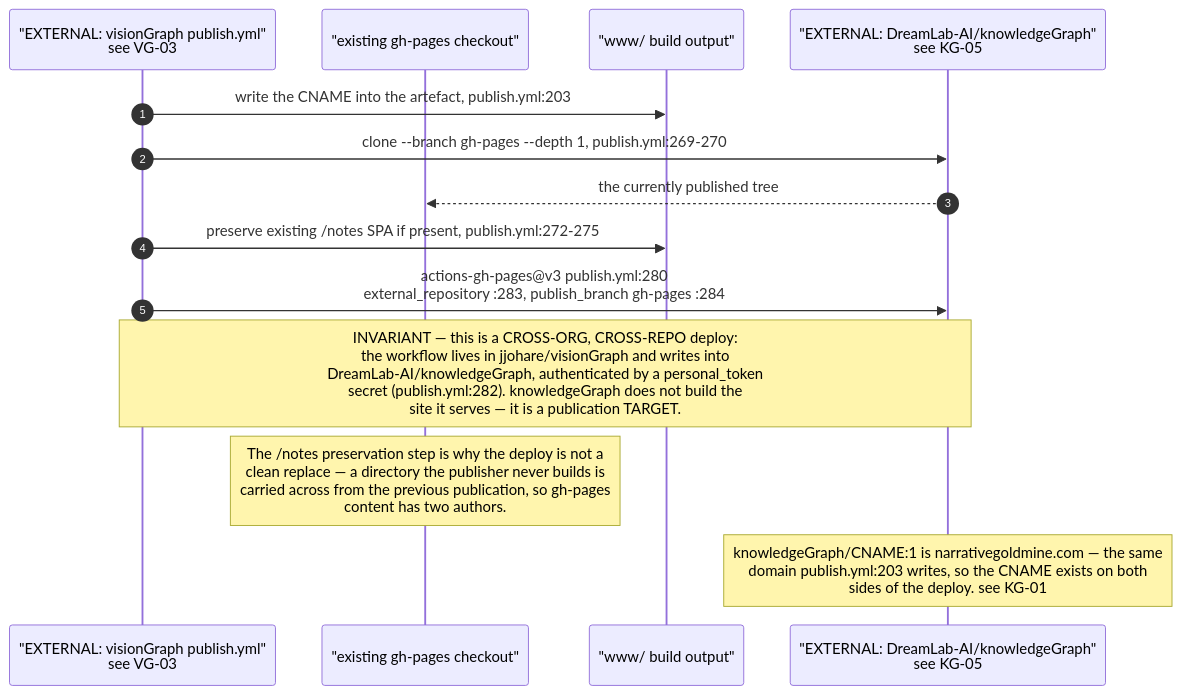
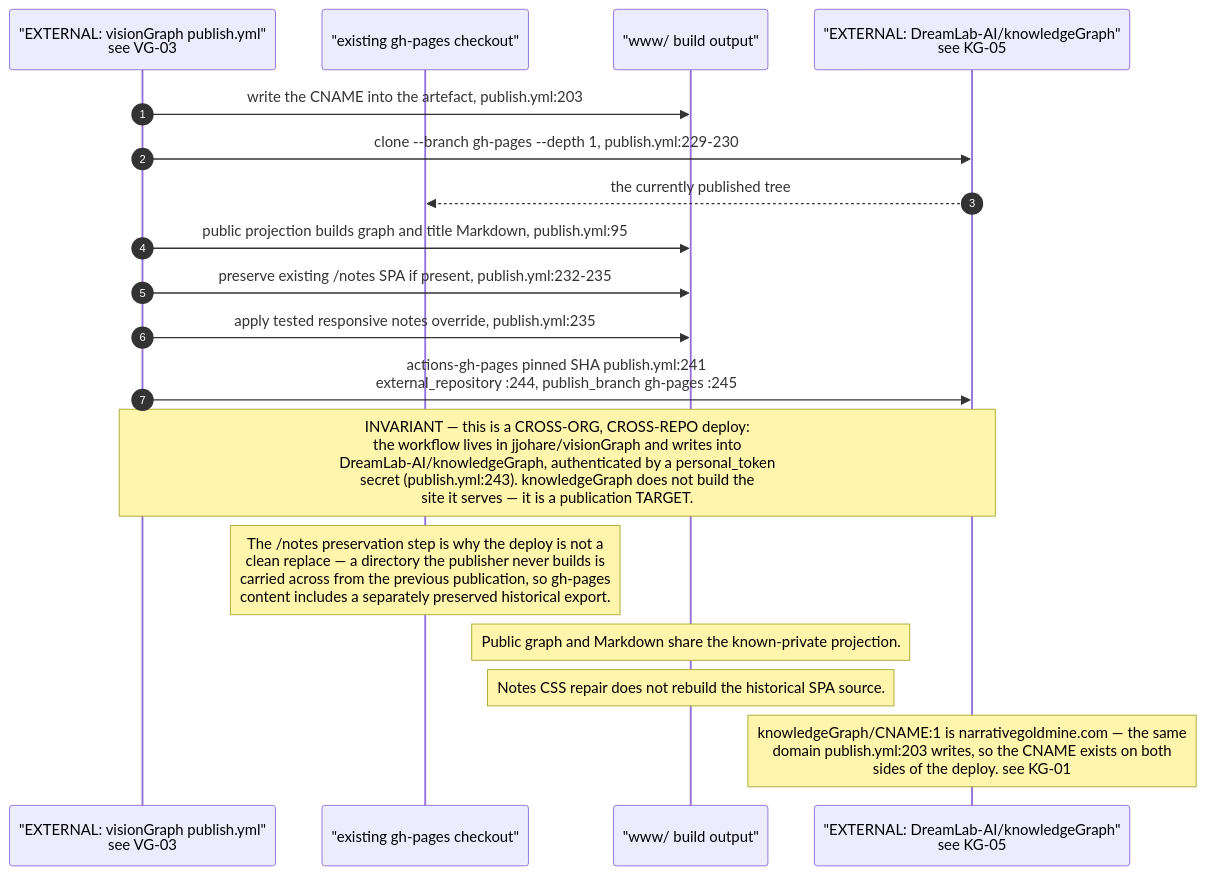
Before and after one commit to DreamLab-AI/VisionFlow: the second of 5 diagrams in docs/diagrams/estate/11-publishing-axis.md, drawn with Mermaid. The commit also changed other lines of this file and 51 other files, not shown here.

First line of the commit message:
docs(diagrams): agentbox AB-01..13 re-attested anchor by anchor (980 anchors, 22 defects); checkpoint against an out-of-mesh writer

````diff
--- a/docs/diagrams/estate/11-publishing-axis.md
+++ b/docs/diagrams/estate/11-publishing-axis.md
@@ -63,17 +63,21 @@
 ```mermaid
 sequenceDiagram
     autonumber
     participant VG as "EXTERNAL: visionGraph publish.yml"<br/>see VG-03
     participant EX as "existing gh-pages checkout"
     participant WWW as "www/ build output"
     participant KG as "EXTERNAL: DreamLab-AI/knowledgeGraph"<br/>see KG-05
 
     VG->>WWW: write the CNAME into the artefact, publish.yml:203
-    VG->>KG: clone --branch gh-pages --depth 1, publish.yml:269-270
+    VG->>KG: clone --branch gh-pages --depth 1, publish.yml:229-230
     KG-->>EX: the currently published tree
-    VG->>WWW: preserve existing /notes SPA if present, publish.yml:272-275
-    VG->>KG: actions-gh-pages@v3 publish.yml:280<br/>external_repository :283, publish_branch gh-pages :284
-    Note over VG,KG: INVARIANT — this is a CROSS-ORG, CROSS-REPO deploy:<br/>the workflow lives in jjohare/visionGraph and writes into<br/>DreamLab-AI/knowledgeGraph, authenticated by a personal_token<br/>secret (publish.yml:282). knowledgeGraph does not build the<br/>site it serves — it is a publication TARGET.
-    Note over EX: The /notes preservation step is why the deploy is not a<br/>clean replace — a directory the publisher never builds is<br/>carried across from the previous publication, so gh-pages<br/>content has two authors.
+    VG->>WWW: public projection builds graph and title Markdown, publish.yml:95
+    VG->>WWW: preserve existing /notes SPA if present, publish.yml:232-235
+    VG->>WWW: apply tested responsive notes override, publish.yml:235
+    VG->>KG: actions-gh-pages pinned SHA publish.yml:241<br/>external_repository :244, publish_branch gh-pages :245
+    Note over VG,KG: INVARIANT — this is a CROSS-ORG, CROSS-REPO deploy:<br/>the workflow lives in jjohare/visionGraph and writes into<br/>DreamLab-AI/knowledgeGraph, authenticated by a personal_token<br/>secret (publish.yml:243). knowledgeGraph does not build the<br/>site it serves — it is a publication TARGET.
+    Note over EX: The /notes preservation step is why the deploy is not a<br/>clean replace — a directory the publisher never builds is<br/>carried across from the previous publication, so gh-pages<br/>content includes a separately preserved historical export.
+    Note over WWW: Public graph and Markdown share the known-private projection.
+    Note over WWW: Notes CSS repair does not rebuild the historical SPA source.
     Note over KG: knowledgeGraph/CNAME:1 is narrativegoldmine.com — the same<br/>domain publish.yml:203 writes, so the CNAME exists on both<br/>sides of the deploy. see KG-01
 ```
````
